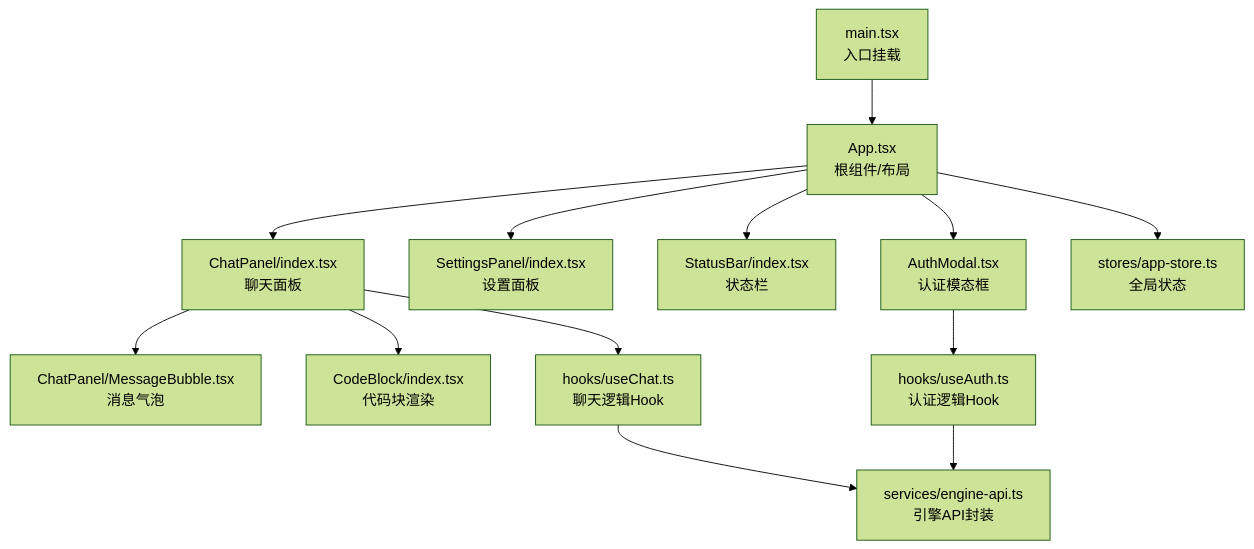
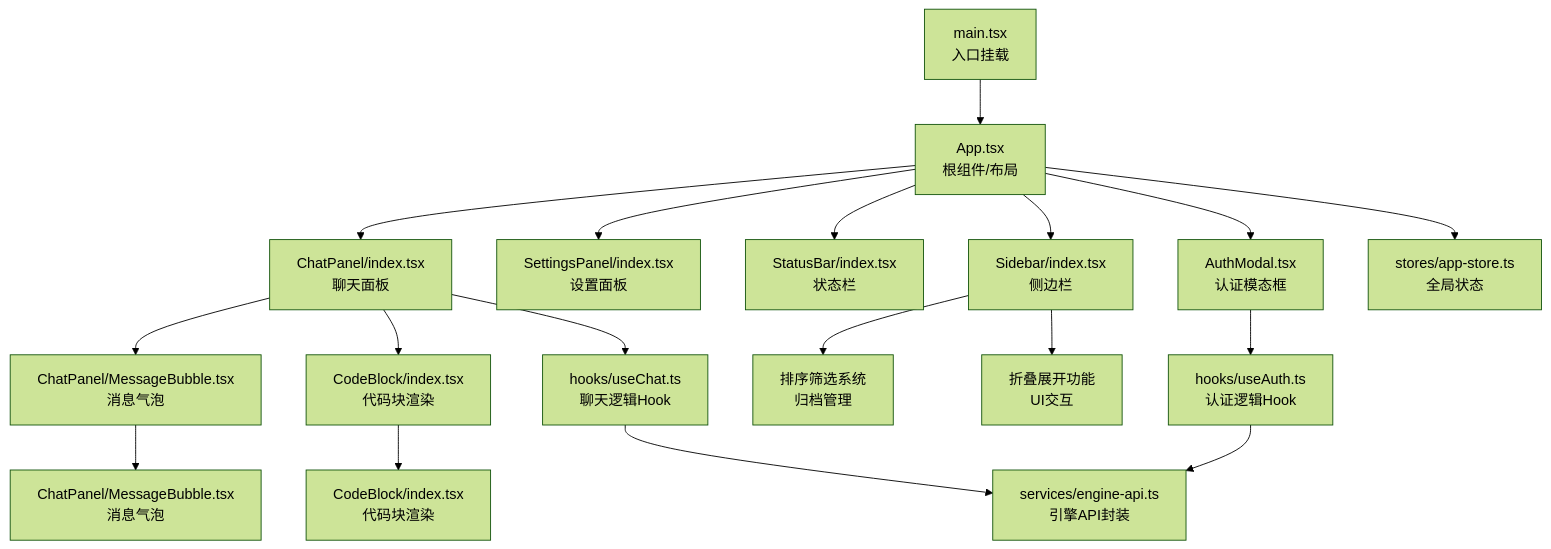
The first of 7 diagrams in .qoder/repowiki/zh/content/架构设计/分层架构详解/表现层（Presentation Layer）/React组件架构.md (kkutysllb/KCoder), drawn with Mermaid (forest theme) before and after one commit. The commit also changed other lines of this file and 10 other files, not shown here.

Commit message:
修复内容 修正 preload 路径引用：main/index.ts 两处 index.js → index.mjs 固定产物名：electron.vite.config.ts 的 preload 输出显式设置 format: 'es' + entryFileNames: '[name].mjs'，确保 dev/build 产物名确定 防御性加固：TerminalPanel 对 window.kcoder?.terminal 做空值检查，preload 缺失时优雅降级而非崩溃

````diff
--- a/.qoder/repowiki/zh/content/架构设计/分层架构详解/表现层（Presentation Layer）/React组件架构.md
+++ b/.qoder/repowiki/zh/content/架构设计/分层架构详解/表现层（Presentation Layer）/React组件架构.md
@@ -50,15 +51,20 @@
 ```mermaid
 graph TB
 A["main.tsx<br/>入口挂载"] --> B["App.tsx<br/>根组件/布局"]
 B --> C["ChatPanel/index.tsx<br/>聊天面板"]
 B --> D["SettingsPanel/index.tsx<br/>设置面板"]
 B --> E["StatusBar/index.tsx<br/>状态栏"]
-B --> F["AuthModal.tsx<br/>认证模态框"]
-C --> G["ChatPanel/MessageBubble.tsx<br/>消息气泡"]
-C --> H["CodeBlock/index.tsx<br/>代码块渲染"]
-C --> I["hooks/useChat.ts<br/>聊天逻辑Hook"]
-F --> J["hooks/useAuth.ts<br/>认证逻辑Hook"]
-I --> K["services/engine-api.ts<br/>引擎API封装"]
-J --> K
-B --> L["stores/app-store.ts<br/>全局状态"]
+B --> F["Sidebar/index.tsx<br/>侧边栏"]
+B --> G["AuthModal.tsx<br/>认证模态框"]
+C --> H["ChatPanel/MessageBubble.tsx<br/>消息气泡"]
+C --> I["CodeBlock/index.tsx<br/>代码块渲染"]
+F --> J["排序筛选系统<br/>归档管理"]
+F --> K["折叠展开功能<br/>UI交互"]
+H --> L["ChatPanel/MessageBubble.tsx<br/>消息气泡"]
+I --> M["CodeBlock/index.tsx<br/>代码块渲染"]
+C --> N["hooks/useChat.ts<br/>聊天逻辑Hook"]
+G --> O["hooks/useAuth.ts<br/>认证逻辑Hook"]
+N --> P["services/engine-api.ts<br/>引擎API封装"]
+O --> P
+B --> Q["stores/app-store.ts<br/>全局状态"]
 ```
````
